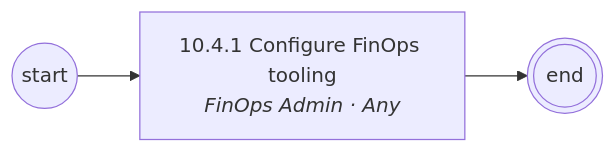
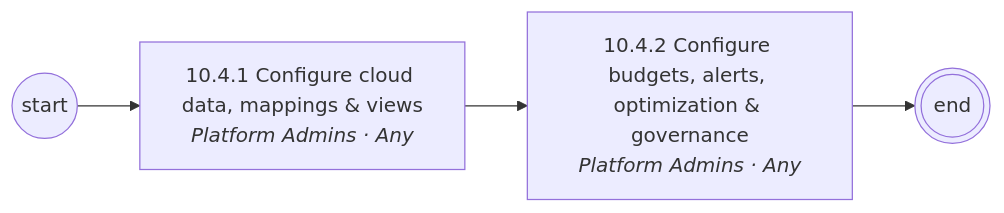
Before and after one commit to corbyjames/apptio-process-catalog: the fifth of 8 diagrams in diagrams/mermaid/area-10.md, drawn with Mermaid. The commit also changed other lines of this file and 251 other files, not shown here.

````diff
--- a/diagrams/mermaid/area-10.md
+++ b/diagrams/mermaid/area-10.md
@@ -71,7 +71,9 @@
 ```mermaid
 flowchart LR
   S((start))
-  N10_4_1["10.4.1 Configure FinOps tooling<br/><i>FinOps Admin · Any</i>"]
+  N10_4_1["10.4.1 Configure cloud data, mappings & views<br/><i>Platform Admins · Any</i>"]
   S --> N10_4_1
-  N10_4_1 --> E(((end)))
+  N10_4_2["10.4.2 Configure budgets, alerts, optimization & governance<br/><i>Platform Admins · Any</i>"]
+  N10_4_1 --> N10_4_2
+  N10_4_2 --> E(((end)))
 ```
````
